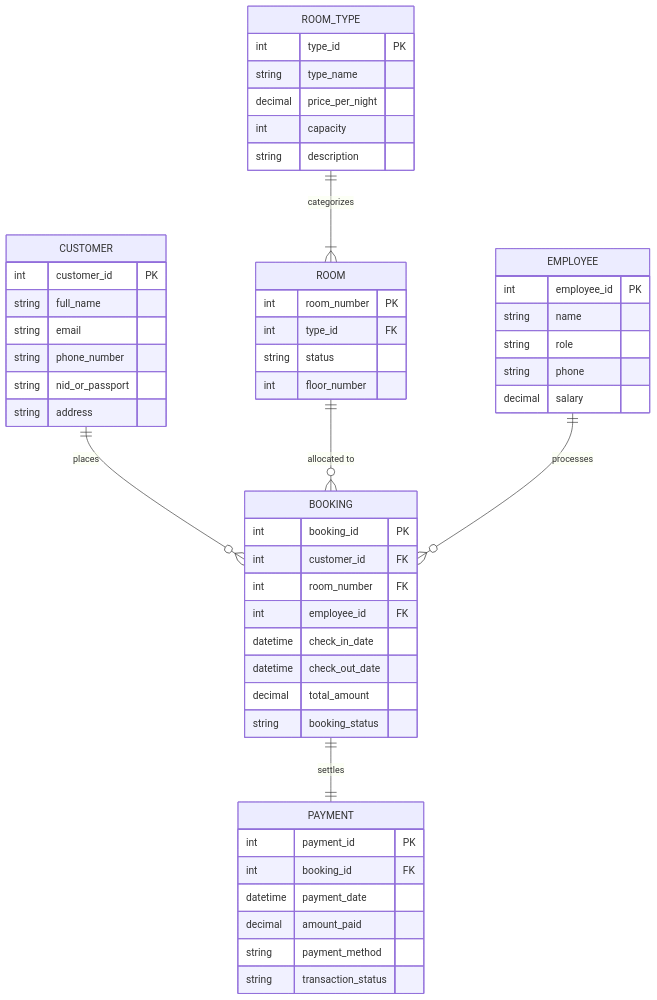
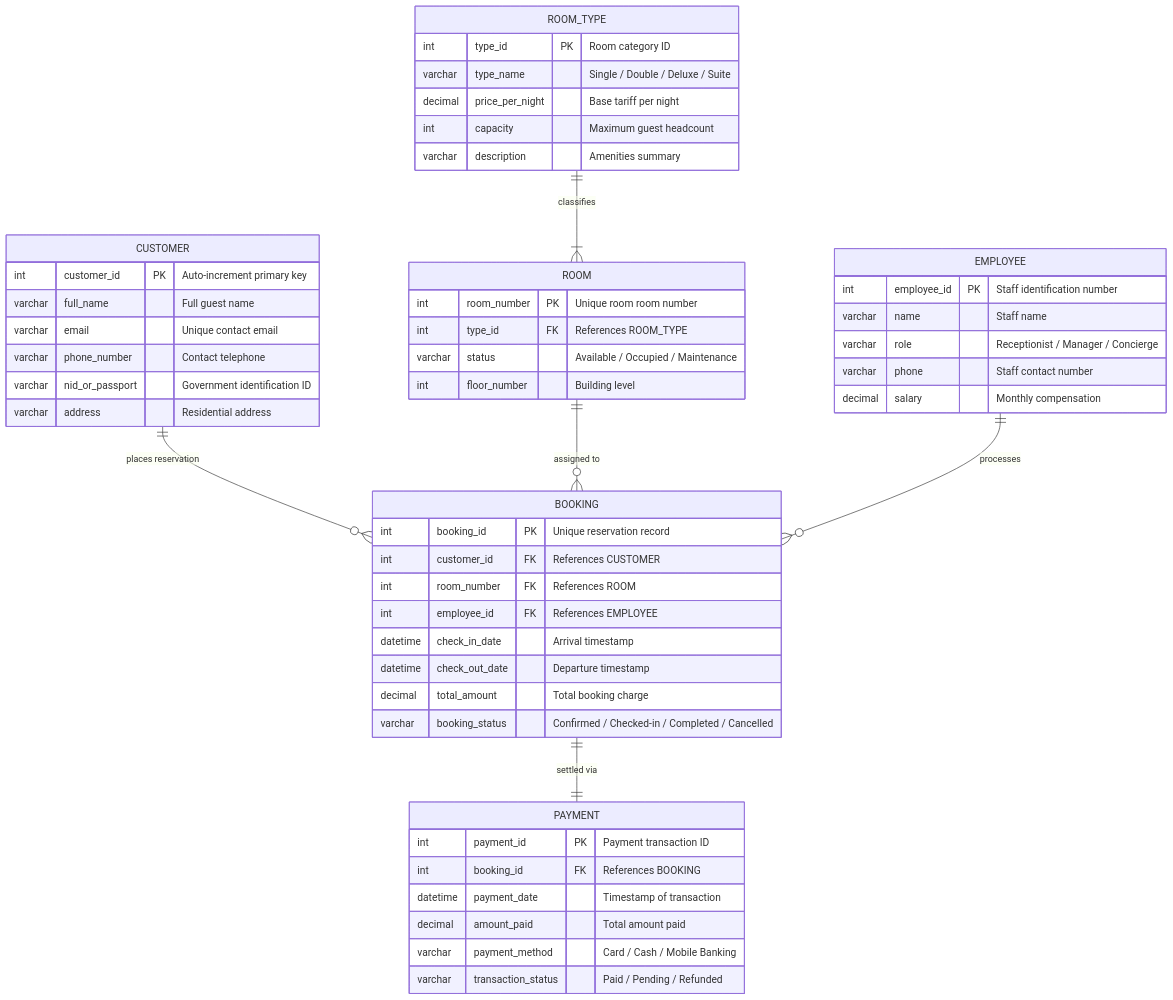
The first of 2 diagrams in README.md (MominRifat/Hotel_Management_System), drawn with Mermaid before and after one commit. The commit also changed other lines of this file, not shown here.

Commit message:
docs: enhance README with comprehensive tech stack, setup guide, and 2D/3D architecture

````diff
--- a/README.md
+++ b/README.md
@@ -28,60 +45,60 @@
 ```mermaid
 erDiagram
-    CUSTOMER ||--o{ BOOKING : places
-    ROOM_TYPE ||--|{ ROOM : categorizes
-    ROOM ||--o{ BOOKING : "allocated to"
-    BOOKING ||--|| PAYMENT : settles
-    EMPLOYEE ||--o{ BOOKING : processes
+    CUSTOMER ||--o{ BOOKING : "places reservation"
+    ROOM_TYPE ||--|{ ROOM : "classifies"
+    ROOM ||--o{ BOOKING : "assigned to"
+    BOOKING ||--|| PAYMENT : "settled via"
+    EMPLOYEE ||--o{ BOOKING : "processes"
 
     CUSTOMER {
-        int customer_id PK
-        string full_name
-        string email
-        string phone_number
-        string nid_or_passport
-        string address
+        int customer_id PK "Auto-increment primary key"
+        varchar full_name "Full guest name"
+        varchar email "Unique contact email"
+        varchar phone_number "Contact telephone"
+        varchar nid_or_passport "Government identification ID"
+        varchar address "Residential address"
     }
 
     ROOM_TYPE {
-        int type_id PK
-        string type_name
-        decimal price_per_night
-        int capacity
-        string description
+        int type_id PK "Room category ID"
+        varchar type_name "Single / Double / Deluxe / Suite"
+        decimal price_per_night "Base tariff per night"
+        int capacity "Maximum guest headcount"
+        varchar description "Amenities summary"
     }
 
     ROOM {
-        int room_number PK
-        int type_id FK
-        string status
-        int floor_number
+        int room_number PK "Unique room room number"
+        int type_id FK "References ROOM_TYPE"
+        varchar status "Available / Occupied / Maintenance"
+        int floor_number "Building level"
     }
 
     BOOKING {
-        int booking_id PK
-        int customer_id FK
-        int room_number FK
-        int employee_id FK
-        datetime check_in_date
-        datetime check_out_date
-        decimal total_amount
-        string booking_status
+        int booking_id PK "Unique reservation record"
+        int customer_id FK "References CUSTOMER"
+        int room_number FK "References ROOM"
+        int employee_id FK "References EMPLOYEE"
+        datetime check_in_date "Arrival timestamp"
+        datetime check_out_date "Departure timestamp"
+        decimal total_amount "Total booking charge"
+        varchar booking_status "Confirmed / Checked-in / Completed / Cancelled"
     }
 
     PAYMENT {
-        int payment_id PK
-        int booking_id FK
-        datetime payment_date
-        decimal amount_paid
-        string payment_method
-        string transaction_status
+        int payment_id PK "Payment transaction ID"
+        int booking_id FK "References BOOKING"
+        datetime payment_date "Timestamp of transaction"
+        decimal amount_paid "Total amount paid"
+        varchar payment_method "Card / Cash / Mobile Banking"
+        varchar transaction_status "Paid / Pending / Refunded"
     }
 
     EMPLOYEE {
-        int employee_id PK
-        string name
-        string role
-        string phone
-        decimal salary
+        int employee_id PK "Staff identification number"
+        varchar name "Staff name"
+        varchar role "Receptionist / Manager / Concierge"
+        varchar phone "Staff contact number"
+        decimal salary "Monthly compensation"
     }
 ```
````
